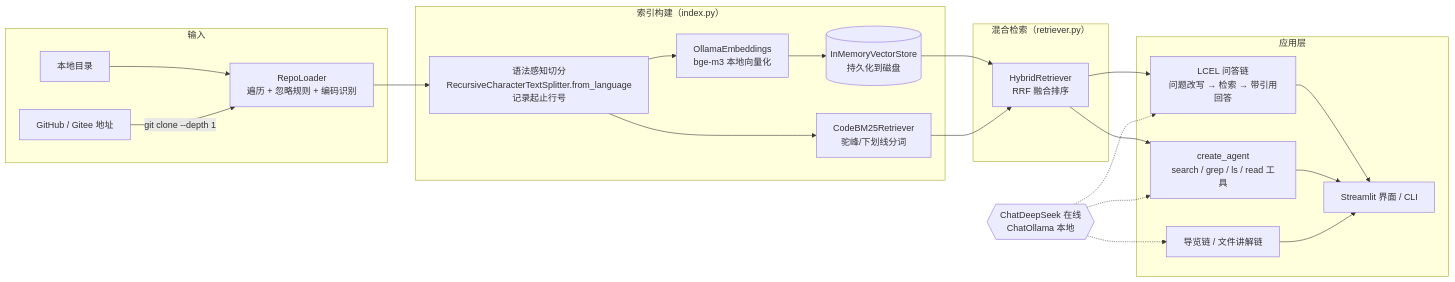
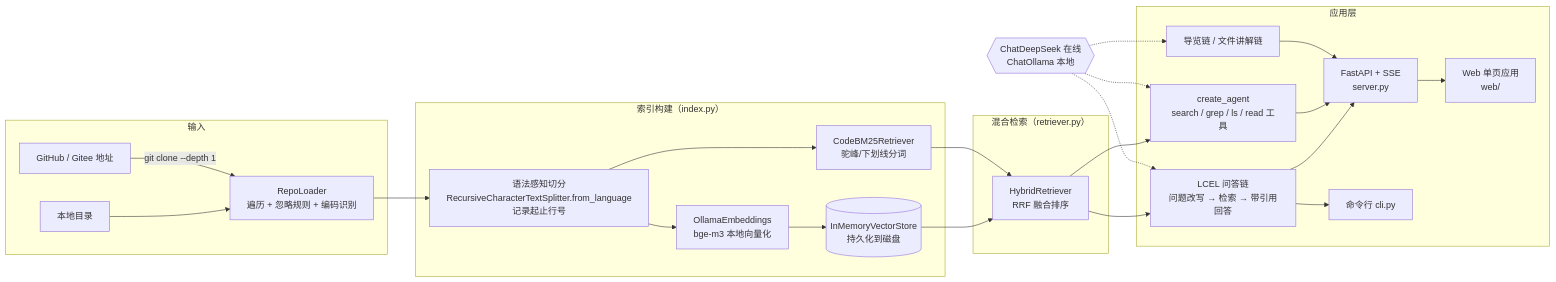
One commit to Red-Sa1t/repolens changed the diagram in README.md. Above: the diagram before and after it, drawn with Mermaid. The commit also changed other lines of this file and 45 other files, not shown here.

First line of the commit message:
feat: 全新 Web 界面（FastAPI + SSE 单页应用）与中英双语支持

````diff
--- a/README.md
+++ b/README.md
@@ -90,31 +89,34 @@
 ```mermaid
 flowchart LR
     subgraph 输入
         A[本地目录] --> L
         B[GitHub / Gitee 地址] -->|git clone --depth 1| L
     end
 
     subgraph 索引构建["索引构建（index.py）"]
         L[RepoLoader<br/>遍历 + 忽略规则 + 编码识别] --> S[语法感知切分<br/>RecursiveCharacterTextSplitter.from_language<br/>记录起止行号]
         S --> E[OllamaEmbeddings<br/>bge-m3 本地向量化]
         S --> BM[CodeBM25Retriever<br/>驼峰/下划线分词]
         E --> V[(InMemoryVectorStore<br/>持久化到磁盘)]
     end
 
     subgraph 检索["混合检索（retriever.py）"]
         V --> H[HybridRetriever<br/>RRF 融合排序]
         BM --> H
     end
 
     subgraph 应用["应用层"]
         H --> QA[LCEL 问答链<br/>问题改写 → 检索 → 带引用回答]
         H --> AG[create_agent<br/>search / grep / ls / read 工具]
-        QA --> UI
-        AG --> UI
-        OV[导览链 / 文件讲解链] --> UI[Streamlit 界面 / CLI]
+        OV[导览链 / 文件讲解链]
+        QA --> API
+        AG --> API
+        OV --> API[FastAPI + SSE<br/>server.py]
+        API --> UI[Web 单页应用<br/>web/]
+        QA --> CLI[命令行 cli.py]
     end
 
     LLM{{ChatDeepSeek 在线<br/>ChatOllama 本地}} -.-> QA
     LLM -.-> AG
     LLM -.-> OV
 ```
````
